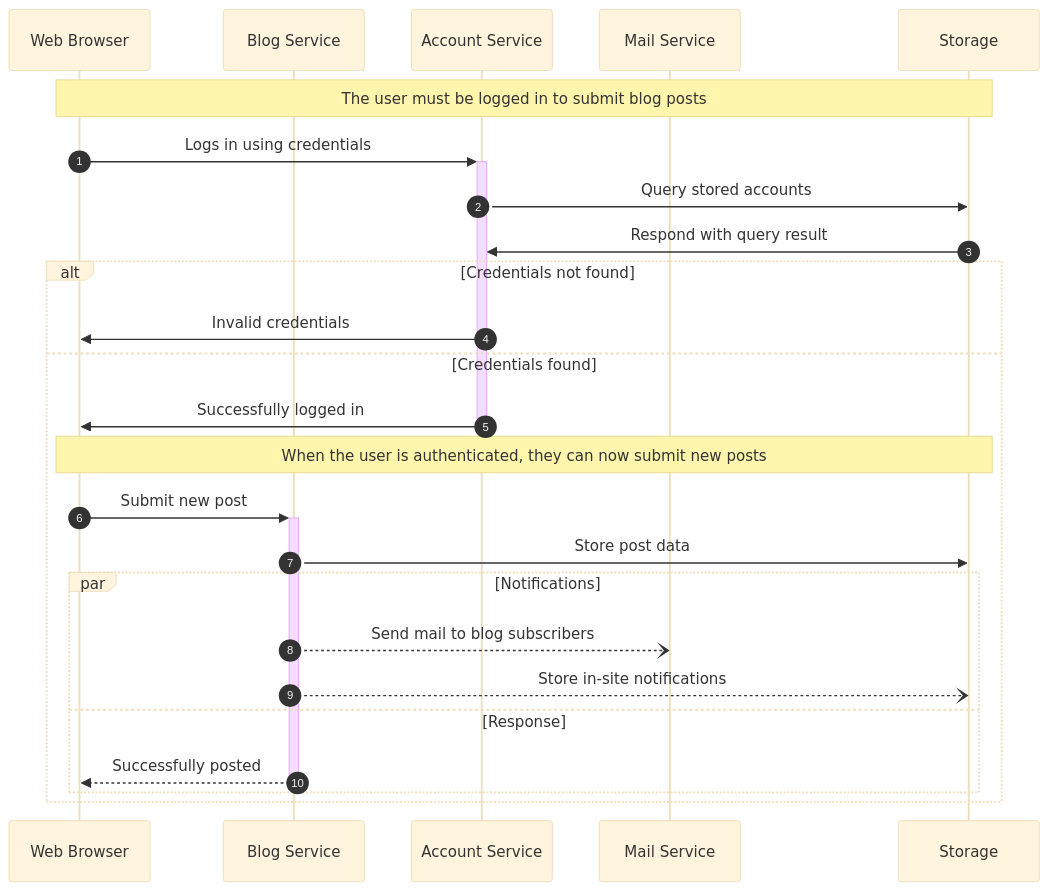
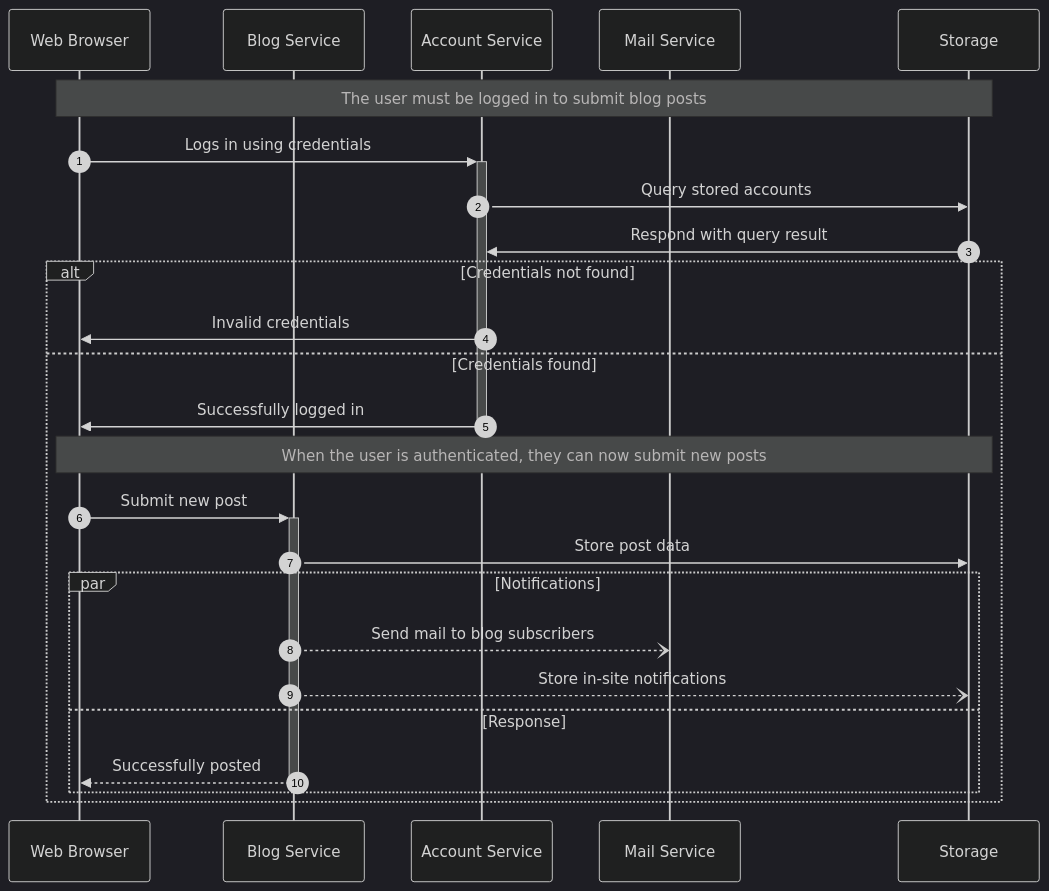
One commit to Kuziomkin/diagrams changed the fifth of 6 diagrams in erd_example.md. Above: the diagram before and after it, drawn with Mermaid.

````diff
--- a/erd_example.md
+++ b/erd_example.md
@@ -72,37 +72,37 @@
 ```mermaid
 ---
 config:
   layout: dagre
   look: classic
-  theme: base
+  theme: dark
 ---
     sequenceDiagram
         autonumber
         participant web as Web Browser
         participant blog as Blog Service
         participant account as Account Service
         participant mail as Mail Service
         participant db as Storage
     
         Note over web,db: The user must be logged in to submit blog posts
         web->>+account: Logs in using credentials
         account->>db: Query stored accounts
         db->>account: Respond with query result
     
         alt Credentials not found
             account->>web: Invalid credentials
         else Credentials found
             account->>-web: Successfully logged in
     
             Note over web,db: When the user is authenticated, they can now submit new posts
             web->>+blog: Submit new post
             blog->>db: Store post data
     
             par Notifications
                 blog--)mail: Send mail to blog subscribers
                 blog--)db: Store in-site notifications
             and Response
                 blog-->>-web: Successfully posted
             end
         end
 ```
````
